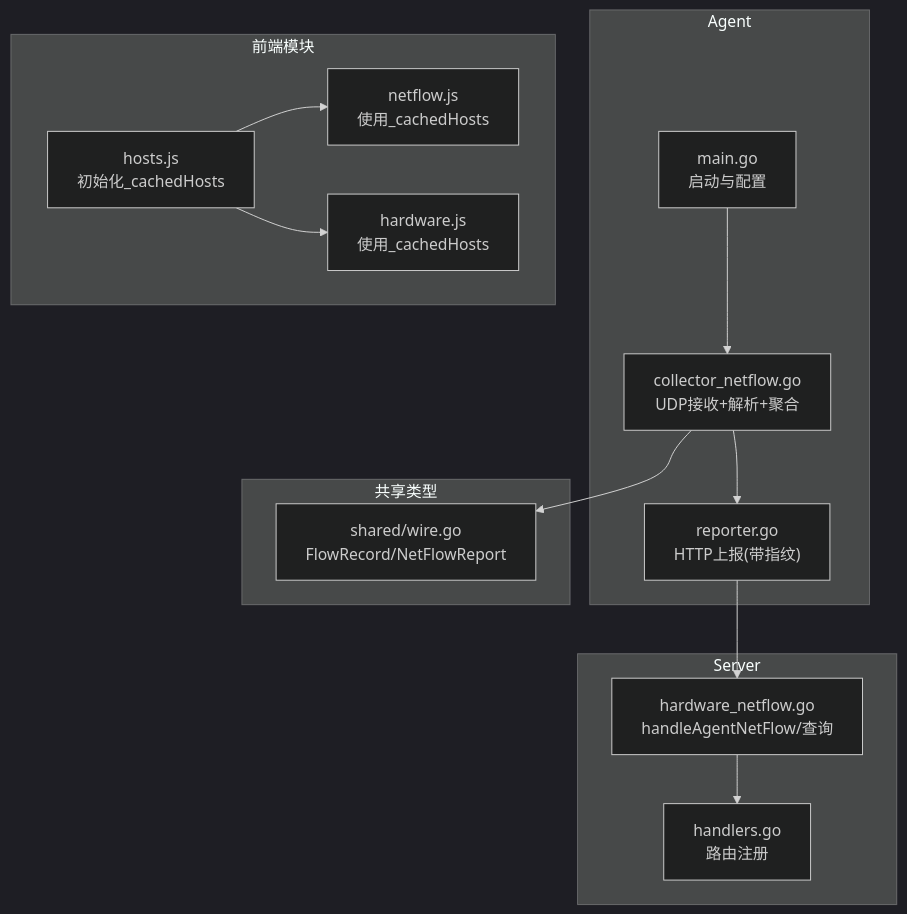
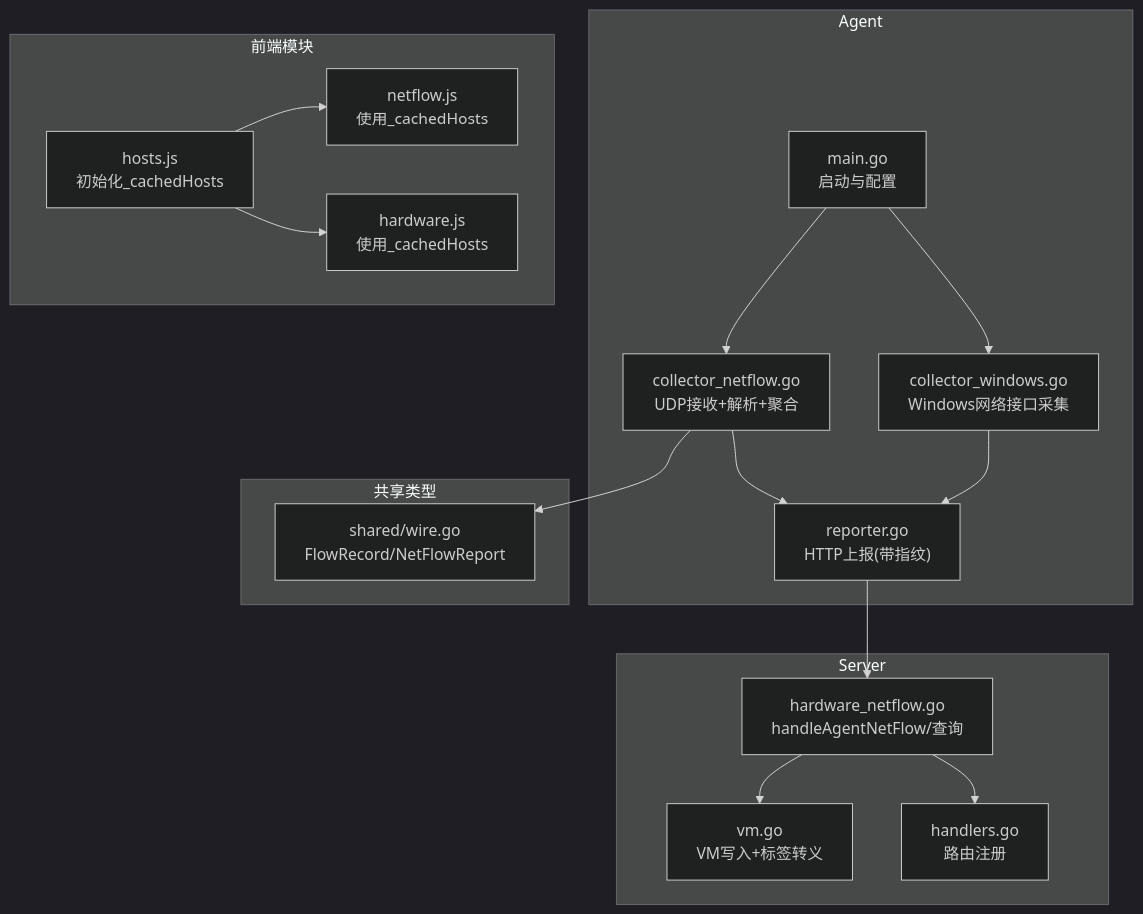
Before and after one commit to sreyun/aiops-monitor: the first of 9 diagrams in .qoder/repowiki/zh/content/架构设计/Agent 客户端架构/NetFlow网络流量采集器.md, drawn with Mermaid (dark theme). The commit also changed other lines of this file and 55 other files, not shown here.

````diff
--- a/.qoder/repowiki/zh/content/架构设计/Agent 客户端架构/NetFlow网络流量采集器.md
+++ b/.qoder/repowiki/zh/content/架构设计/Agent 客户端架构/NetFlow网络流量采集器.md
@@ -56,27 +60,32 @@
 ```mermaid
 graph TB
 subgraph "Agent"
 A_main["main.go<br/>启动与配置"]
 A_nf["collector_netflow.go<br/>UDP接收+解析+聚合"]
+A_win["collector_windows.go<br/>Windows网络接口采集"]
 A_rep["reporter.go<br/>HTTP上报(带指纹)"]
 end
 subgraph "共享类型"
 S_wire["shared/wire.go<br/>FlowRecord/NetFlowReport"]
 end
 subgraph "Server"
 S_hnf["hardware_netflow.go<br/>handleAgentNetFlow/查询"]
+S_vm["vm.go<br/>VM写入+标签转义"]
 S_handlers["handlers.go<br/>路由注册"]
 end
 subgraph "前端模块"
 F_hosts["hosts.js<br/>初始化_cachedHosts"]
 F_netflow["netflow.js<br/>使用_cachedHosts"]
 F_hardware["hardware.js<br/>使用_cachedHosts"]
 end
 A_main --> A_nf
+A_main --> A_win
 A_nf --> A_rep
+A_win --> A_rep
 A_nf --> S_wire
 A_rep --> S_hnf
+S_hnf --> S_vm
 S_hnf --> S_handlers
 F_hosts --> F_netflow
 F_hosts --> F_hardware
 ```
````
